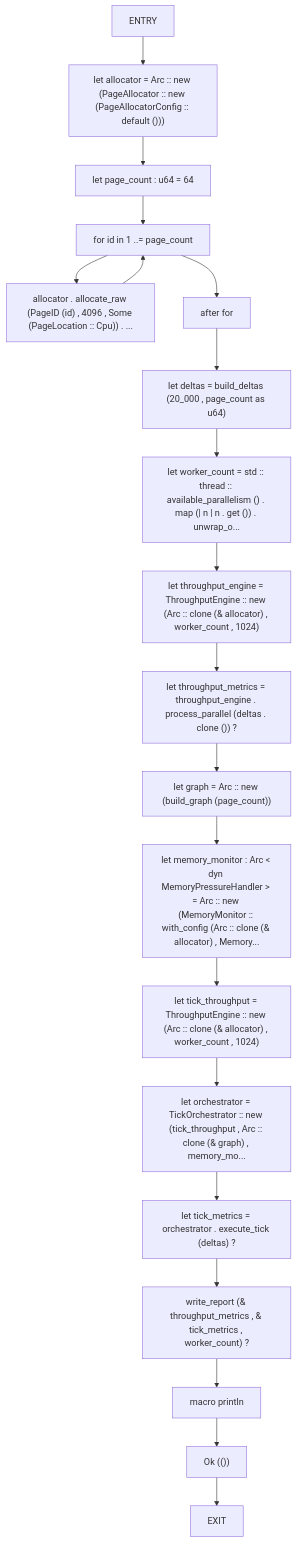
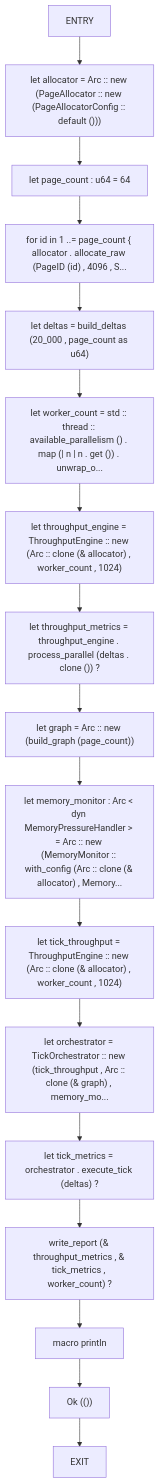
The third of 4 diagrams in docs/analysis/cfg/070-src-bin.md (cicero-violate/MMSB), drawn with Mermaid before and after one commit. The commit also changed other lines of this file and 865 other files, not shown here.

````diff
--- a/docs/analysis/cfg/070-src-bin.md
+++ b/docs/analysis/cfg/070-src-bin.md
@@ -54,41 +49,36 @@
 ```mermaid
 flowchart TD
     main_0["ENTRY"]
     main_1["let allocator = Arc :: new (PageAllocator :: new (PageAllocatorConfig :: default ()))"]
     main_2["let page_count : u64 = 64"]
-    main_3["for id in 1 ..= page_count"]
-    main_4["allocator . allocate_raw (PageID (id) , 4096 , Some (PageLocation :: Cpu)) . ..."]
-    main_5["after for"]
-    main_6["let deltas = build_deltas (20_000 , page_count as u64)"]
-    main_7["let worker_count = std :: thread :: available_parallelism () . map (| n | n . get ()) . unwrap_o..."]
-    main_8["let throughput_engine = ThroughputEngine :: new (Arc :: clone (& allocator) , worker_count , 1024)"]
-    main_9["let throughput_metrics = throughput_engine . process_parallel (deltas . clone ()) ?"]
-    main_10["let graph = Arc :: new (build_graph (page_count))"]
-    main_11["let memory_monitor : Arc < dyn MemoryPressureHandler > = Arc :: new (MemoryMonitor :: with_config (Arc :: clone (& allocator) , Memory..."]
-    main_12["let tick_throughput = ThroughputEngine :: new (Arc :: clone (& allocator) , worker_count , 1024)"]
-    main_13["let orchestrator = TickOrchestrator :: new (tick_throughput , Arc :: clone (& graph) , memory_mo..."]
-    main_14["let tick_metrics = orchestrator . execute_tick (deltas) ?"]
-    main_15["write_report (& throughput_metrics , & tick_metrics , worker_count) ?"]
-    main_16["macro println"]
-    main_17["Ok (())"]
-    main_18["EXIT"]
+    main_3["for id in 1 ..= page_count { allocator . allocate_raw (PageID (id) , 4096 , S..."]
+    main_4["let deltas = build_deltas (20_000 , page_count as u64)"]
+    main_5["let worker_count = std :: thread :: available_parallelism () . map (| n | n . get ()) . unwrap_o..."]
+    main_6["let throughput_engine = ThroughputEngine :: new (Arc :: clone (& allocator) , worker_count , 1024)"]
+    main_7["let throughput_metrics = throughput_engine . process_parallel (deltas . clone ()) ?"]
+    main_8["let graph = Arc :: new (build_graph (page_count))"]
+    main_9["let memory_monitor : Arc < dyn MemoryPressureHandler > = Arc :: new (MemoryMonitor :: with_config (Arc :: clone (& allocator) , Memory..."]
+    main_10["let tick_throughput = ThroughputEngine :: new (Arc :: clone (& allocator) , worker_count , 1024)"]
+    main_11["let orchestrator = TickOrchestrator :: new (tick_throughput , Arc :: clone (& graph) , memory_mo..."]
+    main_12["let tick_metrics = orchestrator . execute_tick (deltas) ?"]
+    main_13["write_report (& throughput_metrics , & tick_metrics , worker_count) ?"]
+    main_14["macro println"]
+    main_15["Ok (())"]
+    main_16["EXIT"]
     main_0 --> main_1
     main_1 --> main_2
     main_2 --> main_3
     main_3 --> main_4
-    main_4 --> main_3
-    main_3 --> main_5
+    main_4 --> main_5
     main_5 --> main_6
     main_6 --> main_7
     main_7 --> main_8
     main_8 --> main_9
     main_9 --> main_10
     main_10 --> main_11
     main_11 --> main_12
     main_12 --> main_13
     main_13 --> main_14
     main_14 --> main_15
     main_15 --> main_16
-    main_16 --> main_17
-    main_17 --> main_18
 ```
````
